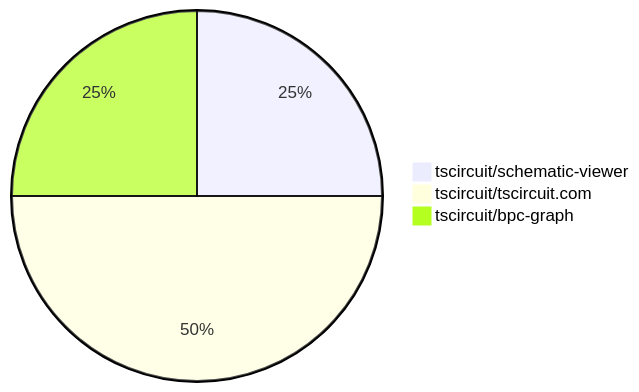
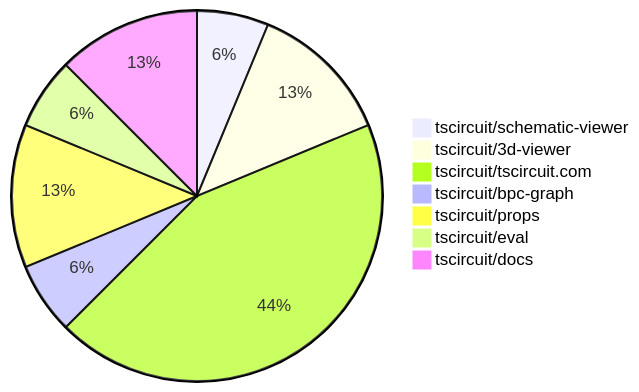
One commit to tscircuit/contribution-tracker changed the first of 2 diagrams in contribution-overviews/2025-08-06.md. Above: the diagram before and after it, drawn with Mermaid. The commit also changed other lines of this file and 3 other files, not shown here.

````diff
--- a/contribution-overviews/2025-08-06.md
+++ b/contribution-overviews/2025-08-06.md
@@ -5,6 +5,10 @@
 ```mermaid
 pie
     "tscircuit/schematic-viewer" : 1
-    "tscircuit/tscircuit.com" : 2
+    "tscircuit/3d-viewer" : 2
+    "tscircuit/tscircuit.com" : 7
     "tscircuit/bpc-graph" : 1
+    "tscircuit/props" : 2
+    "tscircuit/eval" : 1
+    "tscircuit/docs" : 2
 ```
````
